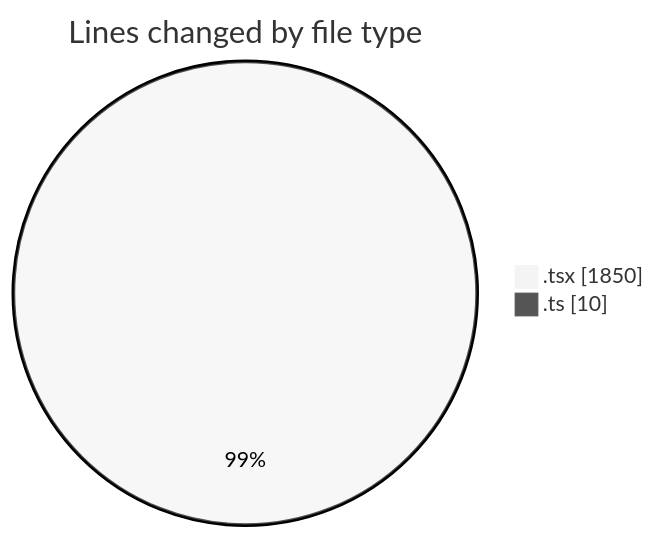
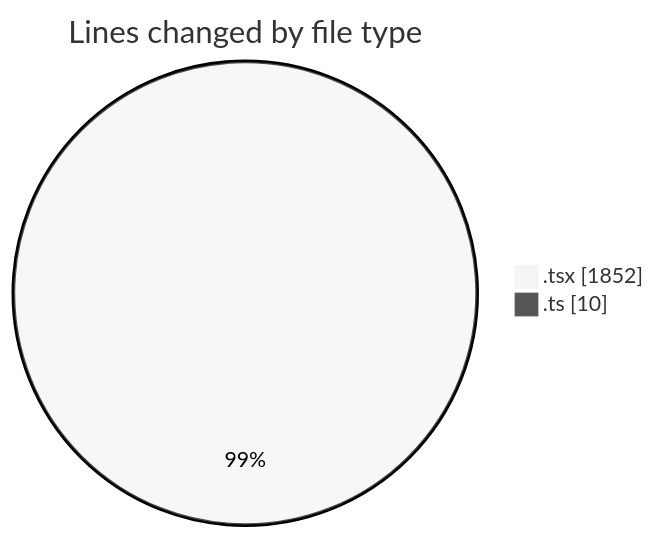
The first of 2 diagrams in 2025-11-07/cda/README.md (momahboobian/code-tracking), drawn with Mermaid (neutral theme) before and after one commit. The commit also changed other lines of this file and 1 other file, not shown here.

````diff
--- a/2025-11-07/cda/README.md
+++ b/2025-11-07/cda/README.md
@@ -21,6 +21,6 @@
 ```mermaid
 pie showData
 title Lines changed by file type
-".tsx" : 1850
+".tsx" : 1852
 ".ts" : 10
 ```
````
